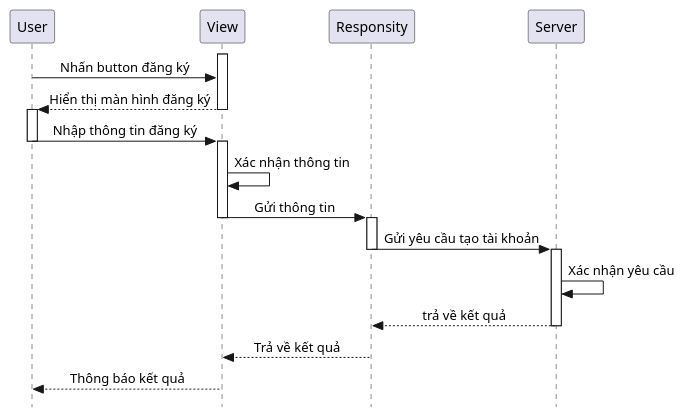
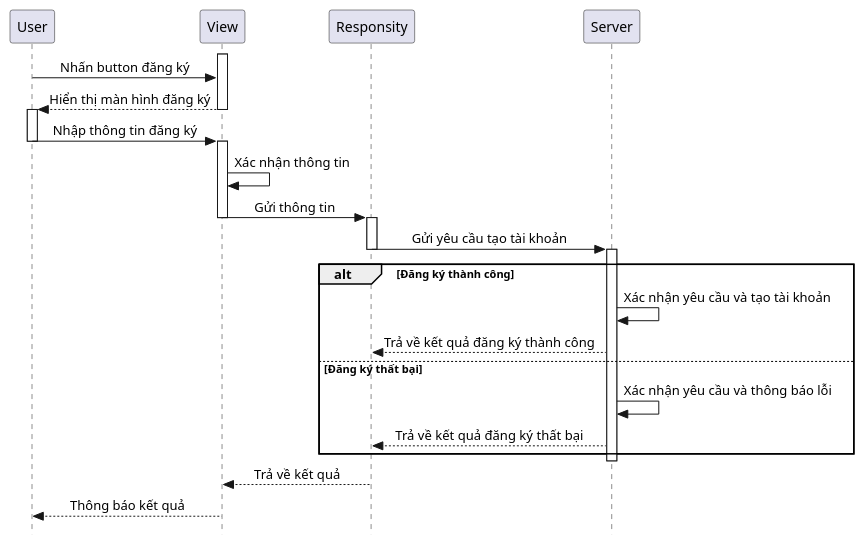
One commit to HiimDucManh/SE357-Pratice-class changed the diagram in Lab1/Lab1.2/Register/Register_Seq.puml. Above: the diagram before and after it, drawn with PlantUML. The commit also changed 6 other files, not shown here.

```diff
--- a/Lab1/Lab1.2/Register/Register_Seq.puml
+++ b/Lab1/Lab1.2/Register/Register_Seq.puml
@@ -1,36 +1,43 @@
 @startuml RegisterSequence
 skinparam style strictuml
 skinparam SequenceMessageAlignment center
 
 participant User
 participant View
 participant Responsity
 participant Server
 
 activate View
 User -> View: Nhấn button đăng ký
 View --> User: Hiển thị màn hình đăng ký
 deactivate View
 
 activate User
 User -> View: Nhập thông tin đăng ký
 deactivate User
 
 activate View
 View -> View: Xác nhận thông tin
 View -> Responsity: Gửi thông tin
 deactivate View
 
 activate Responsity
 Responsity -> Server: Gửi yêu cầu tạo tài khoản
 deactivate Responsity
 
 activate Server
-Server ->Server: Xác nhận yêu cầu
-Server --> Responsity: trả về kết quả
+
+alt Đăng ký thành công
+    Server -> Server: Xác nhận yêu cầu và tạo tài khoản
+    Server --> Responsity: Trả về kết quả đăng ký thành công
+else Đăng ký thất bại
+    Server -> Server: Xác nhận yêu cầu và thông báo lỗi
+    Server --> Responsity: Trả về kết quả đăng ký thất bại
+end
+
 deactivate Server 
 
 Responsity --> View: Trả về kết quả
 View --> User: Thông báo kết quả
 
 @enduml
```
